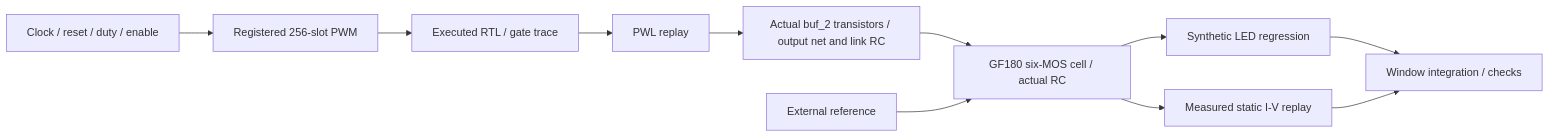
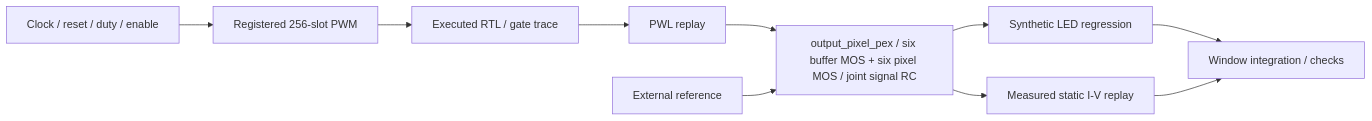
The diagram in README.md (Kevin-Kaiyo/open-microled-driver-asic), drawn with Mermaid before and after one commit. The commit also changed other lines of this file and 186 other files, not shown here.

Commit message:
Extract joint pixel parasitics and deepen validation and teaching report

````diff
--- a/README.md
+++ b/README.md
@@ -18,13 +22,12 @@
 ```mermaid
 flowchart LR
     INPUT[Clock / reset / duty / enable] --> PWM[Registered 256-slot PWM]
     PWM --> TRACE[Executed RTL / gate trace]
     TRACE --> BRIDGE[PWL replay]
-    BRIDGE --> BUF[Actual buf_2 transistors / output net and link RC]
-    BUF --> CELL[GF180 six-MOS cell / actual RC]
-    REF[External reference] --> CELL
-    CELL --> SYN[Synthetic LED regression]
-    CELL --> IV[Measured static I-V replay]
+    BRIDGE --> JOINT[output_pixel_pex / six buffer MOS + six pixel MOS / joint signal RC]
+    REF[External reference] --> JOINT
+    JOINT --> SYN[Synthetic LED regression]
+    JOINT --> IV[Measured static I-V replay]
     SYN --> CHECK[Window integration / checks]
     IV --> CHECK
 ```
````
